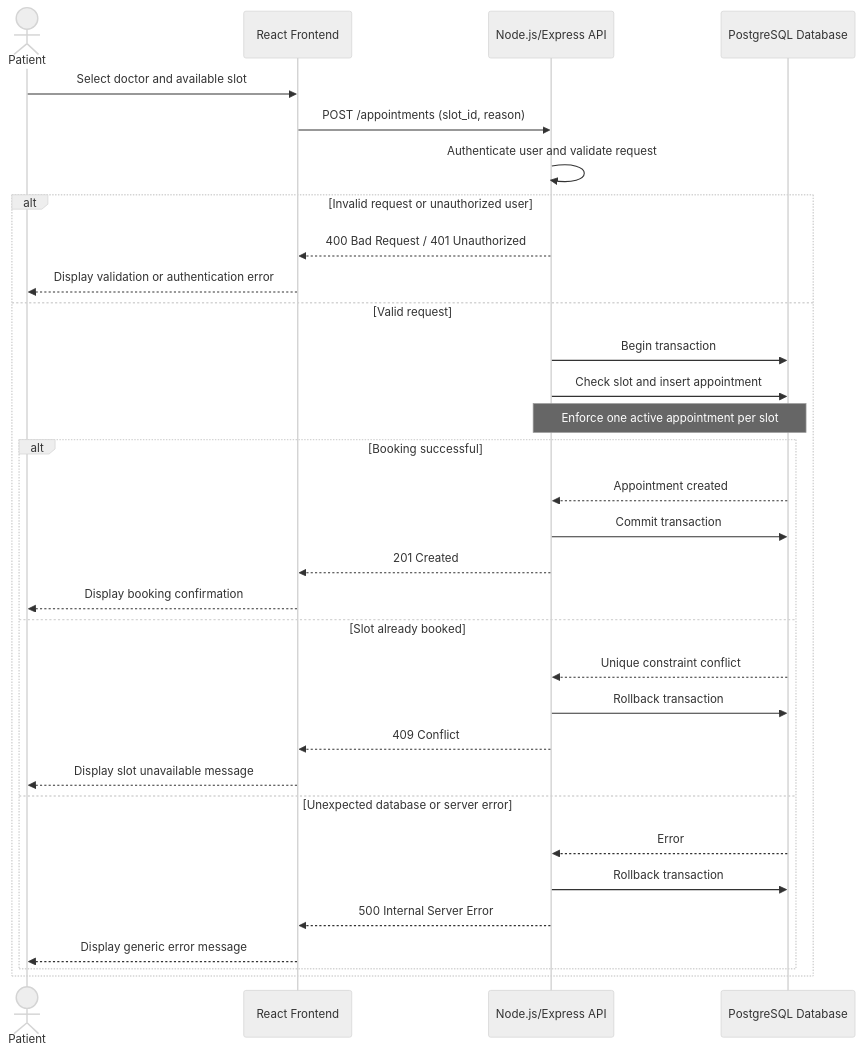
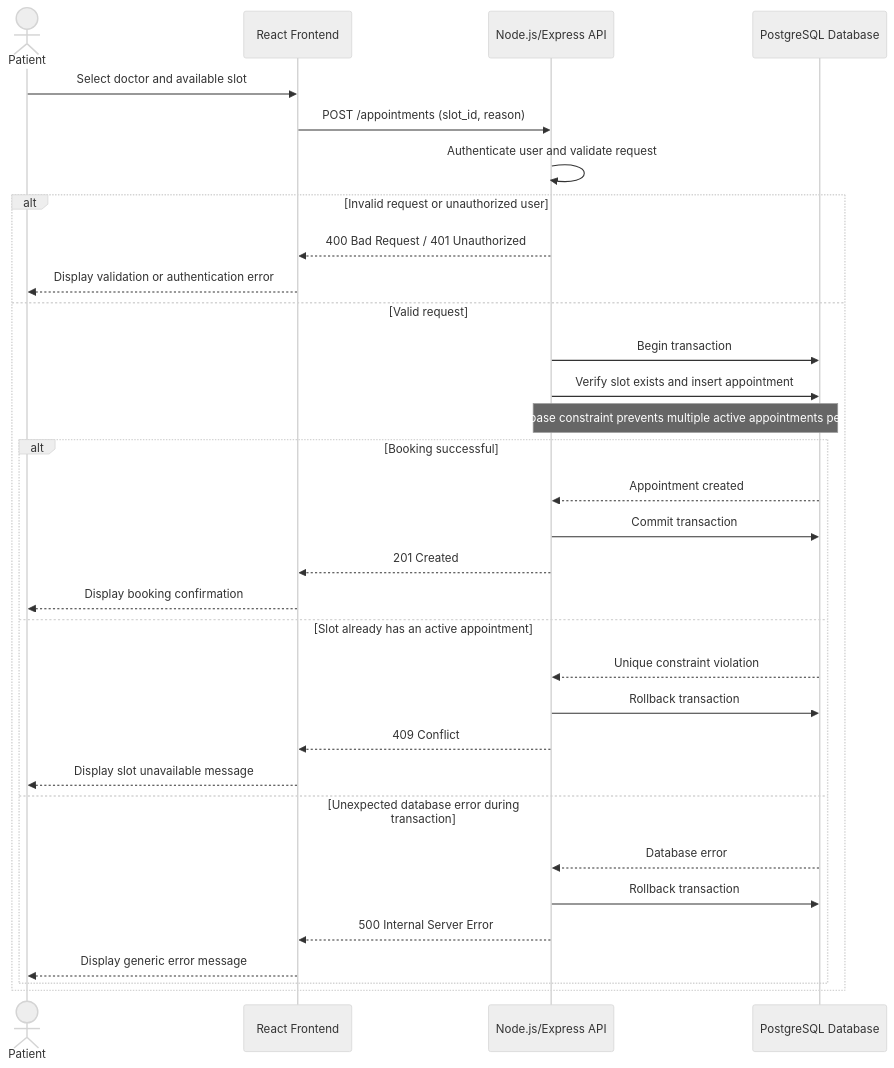
The third of 6 diagrams in DATA_FLOW_DIAGRAMS.md (feloaref/scalable-telemedicine-platform), drawn with Mermaid (neutral theme) before and after one commit. The commit also changed other lines of this file, not shown here.

First line of the commit message:
DATA_FLOW_DIAGRAMS.md

````diff
--- a/DATA_FLOW_DIAGRAMS.md
+++ b/DATA_FLOW_DIAGRAMS.md
@@ -64,40 +71,39 @@
 ```mermaid
-
-
 sequenceDiagram
     actor Patient
     participant FE as React Frontend
     participant API as Node.js/Express API
     participant DB as PostgreSQL Database
 
     Patient->>FE: Select doctor and available slot
     FE->>API: POST /appointments (slot_id, reason)
     API->>API: Authenticate user and validate request
 
     alt Invalid request or unauthorized user
         API-->>FE: 400 Bad Request / 401 Unauthorized
         FE-->>Patient: Display validation or authentication error
     else Valid request
         API->>DB: Begin transaction
-        API->>DB: Check slot and insert appointment
-        Note over API,DB: Enforce one active appointment per slot
+        API->>DB: Verify slot exists and insert appointment
+        Note over API,DB: Database constraint prevents multiple active appointments per slot
+
         alt Booking successful
             DB-->>API: Appointment created
             API->>DB: Commit transaction
             API-->>FE: 201 Created
             FE-->>Patient: Display booking confirmation
-        else Slot already booked
-            DB-->>API: Unique constraint conflict
+
+        else Slot already has an active appointment
+            DB-->>API: Unique constraint violation
             API->>DB: Rollback transaction
             API-->>FE: 409 Conflict
             FE-->>Patient: Display slot unavailable message
-        else Unexpected database or server error
-            DB-->>API: Error
+
+        else Unexpected database error during transaction
+            DB-->>API: Database error
             API->>DB: Rollback transaction
             API-->>FE: 500 Internal Server Error
             FE-->>Patient: Display generic error message
         end
     end
-
-
 ```
````
